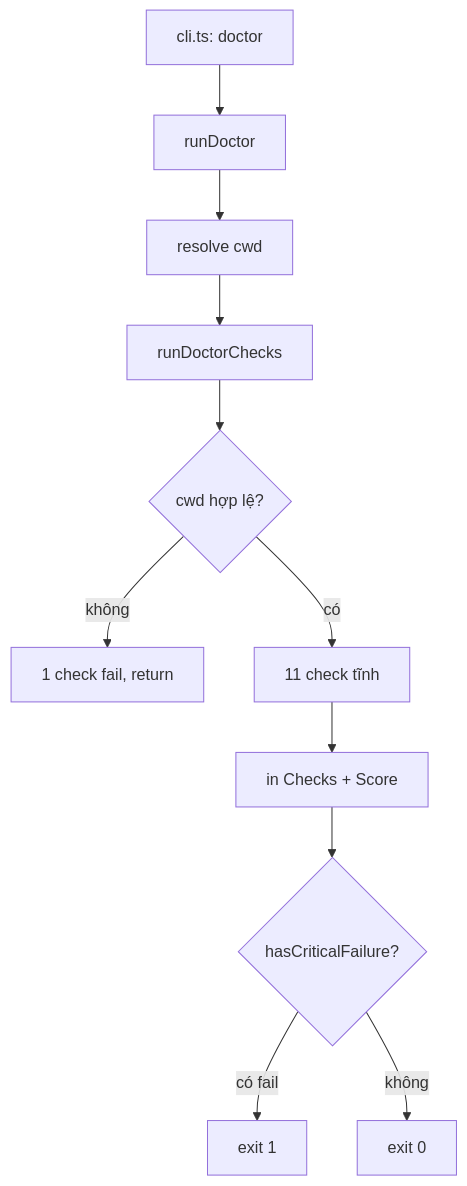
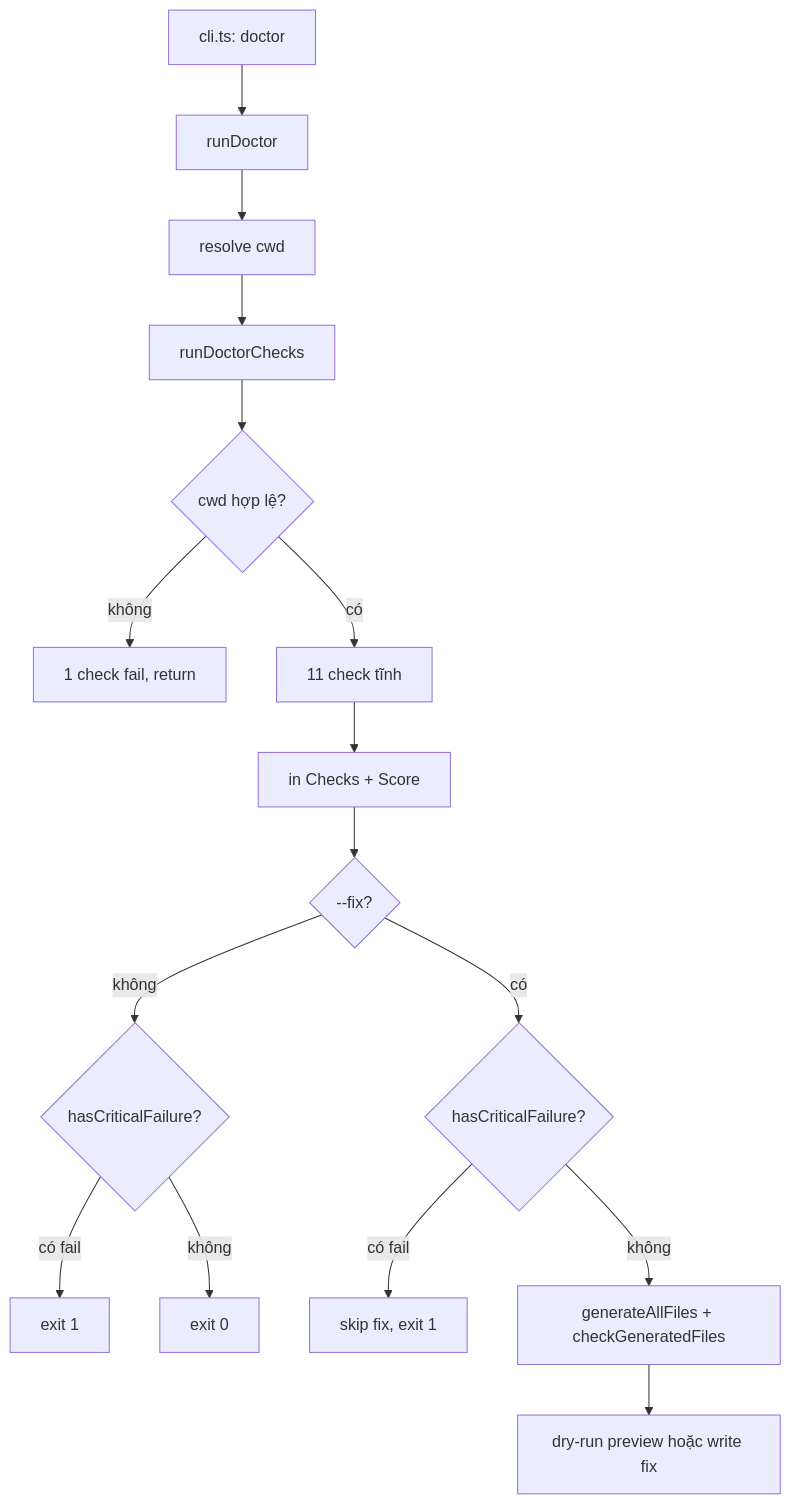
Before and after one commit to LeMinhSang2k5/ready-for-agents: the second of 3 diagrams in doc/guide/SRC_WORKFLOW.md, drawn with Mermaid. The commit also changed other lines of this file and 48 other files, not shown here.

````diff
--- a/doc/guide/SRC_WORKFLOW.md
+++ b/doc/guide/SRC_WORKFLOW.md
@@ -77,13 +77,18 @@
 ```mermaid
 flowchart TD
   A[cli.ts: doctor] --> B[runDoctor]
   B --> C[resolve cwd]
   C --> D[runDoctorChecks]
   D --> E{cwd hợp lệ?}
   E -->|không| F[1 check fail, return]
   E -->|có| G[11 check tĩnh]
   G --> H[in Checks + Score]
-  H --> I{hasCriticalFailure?}
-  I -->|có fail| J[exit 1]
-  I -->|không| K[exit 0]
+  H --> I{--fix?}
+  I -->|không| J{hasCriticalFailure?}
+  J -->|có fail| K[exit 1]
+  J -->|không| L[exit 0]
+  I -->|có| M{hasCriticalFailure?}
+  M -->|có fail| N[skip fix, exit 1]
+  M -->|không| O[generateAllFiles + checkGeneratedFiles]
+  O --> P[dry-run preview hoặc write fix]
 ```
````
